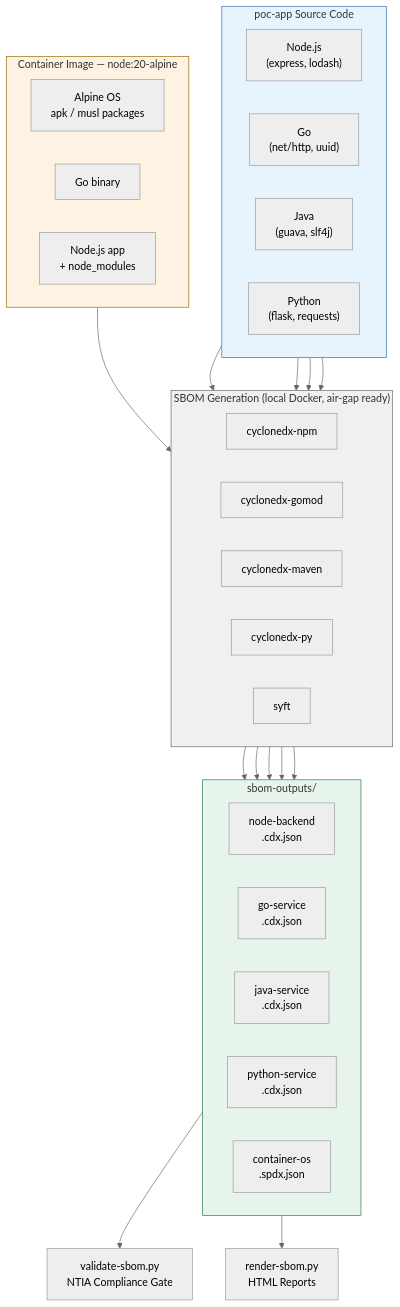
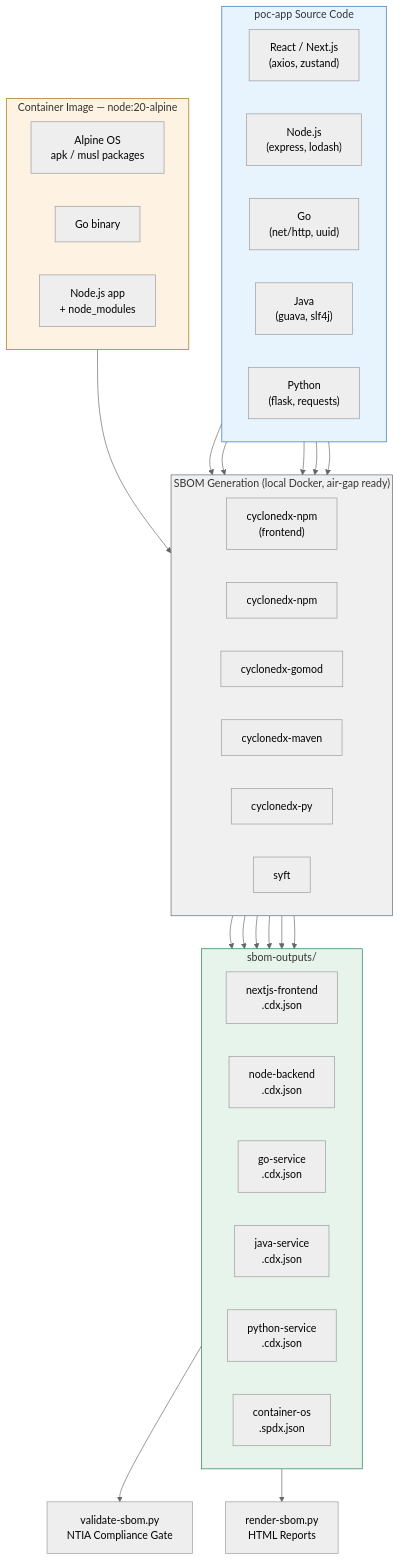
The diagram in README.md (leoluyi/sbom-demo), drawn with Mermaid (neutral theme) before and after one commit. The commit also changed other lines of this file, not shown here.

Commit message:
docs(readme): add React/Next.js frontend layer to documentation

````diff
--- a/README.md
+++ b/README.md
@@ -21,49 +22,53 @@
 ```mermaid
 flowchart TD
     subgraph src["poc-app Source Code"]
         direction LR
+        nextjs["React / Next.js<br/>(axios, zustand)"]
         node["Node.js<br/>(express, lodash)"]
         go["Go<br/>(net/http, uuid)"]
         java["Java<br/>(guava, slf4j)"]
         python["Python<br/>(flask, requests)"]
     end
 
     subgraph img["Container Image — node:20-alpine"]
         direction LR
         alpine["Alpine OS<br/>apk / musl packages"]
         gobin["Go binary"]
         nodeapp["Node.js app<br/>+ node_modules"]
     end
 
     subgraph gen["SBOM Generation (local Docker, air-gap ready)"]
         direction LR
+        g0["cyclonedx-npm<br/>(frontend)"]
         g1["cyclonedx-npm"]
         g2["cyclonedx-gomod"]
         g3["cyclonedx-maven"]
         g4["cyclonedx-py"]
         g5["syft"]
     end
 
     subgraph out["sbom-outputs/"]
         direction LR
+        o0["nextjs-frontend<br/>.cdx.json"]
         o1["node-backend<br/>.cdx.json"]
         o2["go-service<br/>.cdx.json"]
         o3["java-service<br/>.cdx.json"]
         o4["python-service<br/>.cdx.json"]
         o5["container-os<br/>.spdx.json"]
     end
 
+    nextjs --> g0 --> o0
     node --> g1 --> o1
     go --> g2 --> o2
     java --> g3 --> o3
     python --> g4 --> o4
     img --> g5 --> o5
 
     out --> validate["validate-sbom.py<br/>NTIA Compliance Gate"]
     out --> render["render-sbom.py<br/>HTML Reports"]
 
     style src fill:#e8f4fd,stroke:#2b6cb0
     style img fill:#fef3e2,stroke:#9a6700
     style gen fill:#f0f0f0,stroke:#5c6773
     style out fill:#e6f4ec,stroke:#1f7a4d
 ```
````
